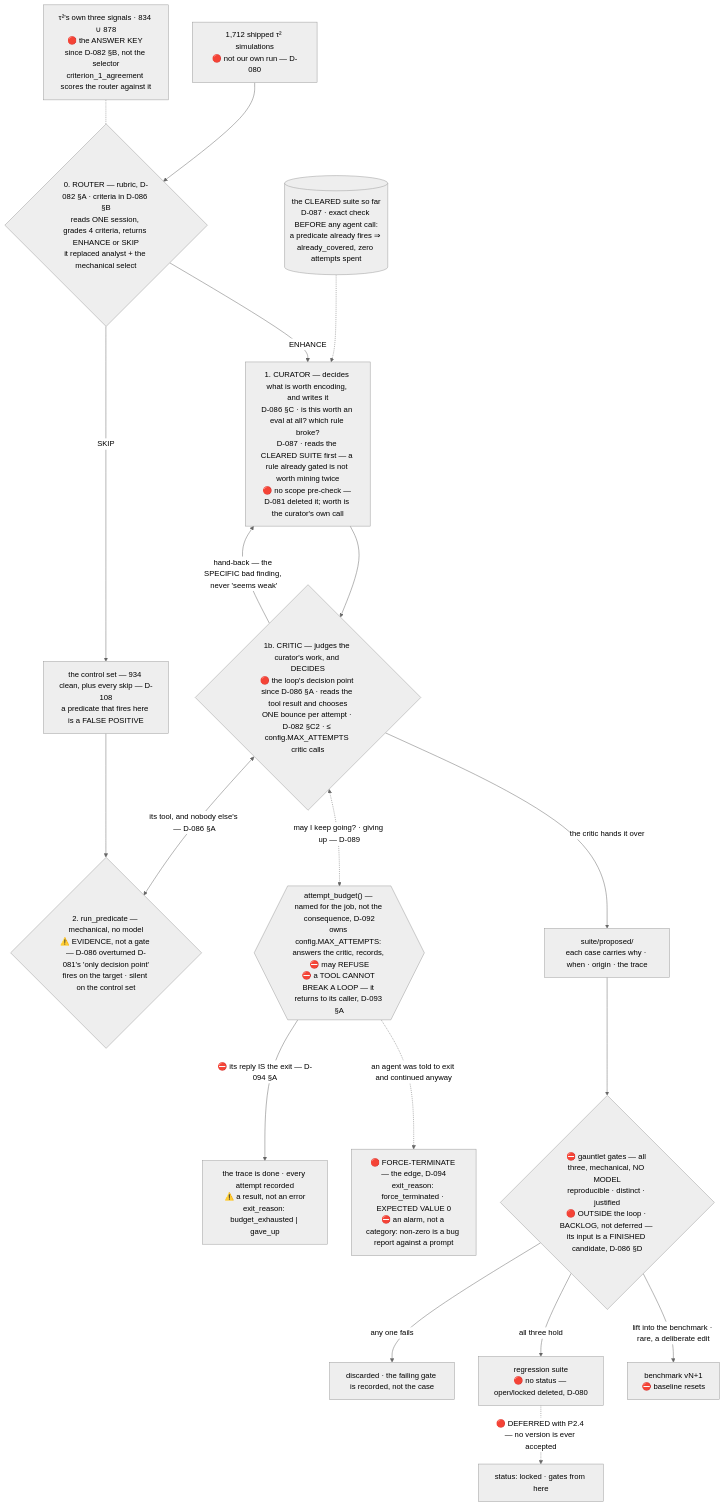
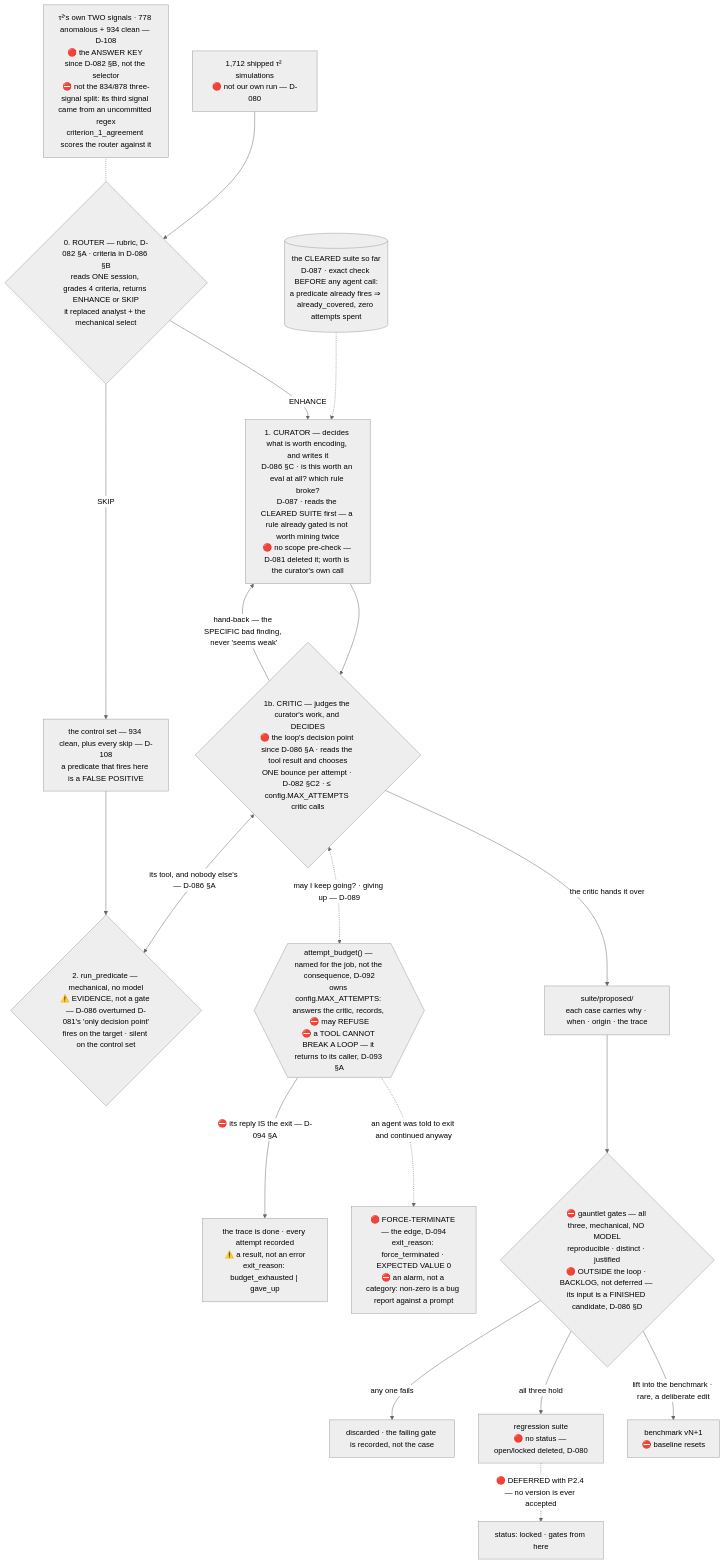
Before and after one commit to sandeepyadav1478/touchstone: the diagram in docs/02-gates.md, drawn with Mermaid (neutral theme). The commit also changed other lines of this file and 1 other file, not shown here.

````diff
--- a/docs/02-gates.md
+++ b/docs/02-gates.md
@@ -426,21 +430,21 @@
 ```mermaid
 flowchart TB
   SUITE0[("the CLEARED suite so far<br/>D-087 · exact check BEFORE any agent call:<br/>a predicate already fires ⇒ already_covered, zero attempts spent")] -.-> TRANS
   SCORE["1,712 shipped τ² simulations<br/>🔴 not our own run — D-080"] --> ROUTER{"0. ROUTER — rubric, D-082 §A · criteria in D-086 §B<br/>reads ONE session, grades 4 criteria, returns ENHANCE or SKIP<br/>it replaced analyst + the mechanical select"}
   ROUTER -->|SKIP| CLEAN["the control set — 934 clean, plus every skip — D-108<br/>a predicate that fires here is a FALSE POSITIVE"]
-  KEY["τ²'s own three signals · 834 ∪ 878<br/>🔴 the ANSWER KEY since D-082 §B, not the selector<br/>criterion_1_agreement scores the router against it"] -.- ROUTER
+  KEY["τ²'s own TWO signals · 778 anomalous + 934 clean — D-108<br/>🔴 the ANSWER KEY since D-082 §B, not the selector<br/>⛔ not the 834/878 three-signal split: its third signal came from an uncommitted regex<br/>criterion_1_agreement scores the router against it"] -.- ROUTER
   ROUTER -->|ENHANCE| TRANS["1. CURATOR — decides what is worth encoding, and writes it<br/>D-086 §C · is this worth an eval at all? which rule broke?<br/>D-087 · reads the CLEARED SUITE first — a rule already gated is not worth mining twice<br/>🔴 no scope pre-check — D-081 deleted it; worth is the curator's own call"]
   TRANS --> CRIT{"1b. CRITIC — judges the curator's work, and DECIDES<br/>🔴 the loop's decision point since D-086 §A · reads the tool result and chooses<br/>ONE bounce per attempt · D-082 §C2 · ≤ config.MAX_ATTEMPTS critic calls"}
   CRIT <-->|"its tool, and nobody else's — D-086 §A"| TEST{"2. run_predicate — mechanical, no model<br/>⚠️ EVIDENCE, not a gate — D-086 overturned D-081's 'only decision point'<br/>fires on the target · silent on the control set"}
   CLEAN --> TEST
   CRIT -->|"hand-back — the SPECIFIC bad finding, never 'seems weak'"| TRANS
   CRIT <-.->|"may I keep going? · giving up — D-089"| BUDGET{{"attempt_budget() — named for the job, not the consequence, D-092<br/>owns config.MAX_ATTEMPTS: answers the critic, records, ⛔ may REFUSE<br/>⛔ a TOOL CANNOT BREAK A LOOP — it returns to its caller, D-093 §A"}}
   BUDGET -->|"⛔ its reply IS the exit — D-094 §A"| DONE["the trace is done · every attempt recorded<br/>⚠️ a result, not an error<br/>exit_reason: budget_exhausted | gave_up"]
   BUDGET -.->|"an agent was told to exit and continued anyway"| UNM["🔴 FORCE-TERMINATE — the edge, D-094<br/>exit_reason: force_terminated · EXPECTED VALUE 0<br/>⛔ an alarm, not a category: non-zero is a bug report against a prompt"]
   CRIT -->|"the critic hands it over"| PROP["suite/proposed/<br/>each case carries why · when · origin · the trace"]
   PROP --> GAUNTLET{"⛔ gauntlet gates — all three, mechanical, NO MODEL<br/>reproducible · distinct · justified<br/>🔴 OUTSIDE the loop · BACKLOG, not deferred — its input is a FINISHED candidate, D-086 §D"}
   GAUNTLET -->|any one fails| DROP["discarded · the failing gate is recorded, not the case"]
   GAUNTLET -->|all three hold| REG["regression suite<br/>🔴 no status — open/locked deleted, D-080"]
   REG -.->|"🔴 DEFERRED with P2.4 — no version is ever accepted"| LOCK["status: locked · gates from here"]
   GAUNTLET -->|"lift into the benchmark · rare, a deliberate edit"| BENCH["benchmark vN+1<br/>⛔ baseline resets"]
 ```
````
